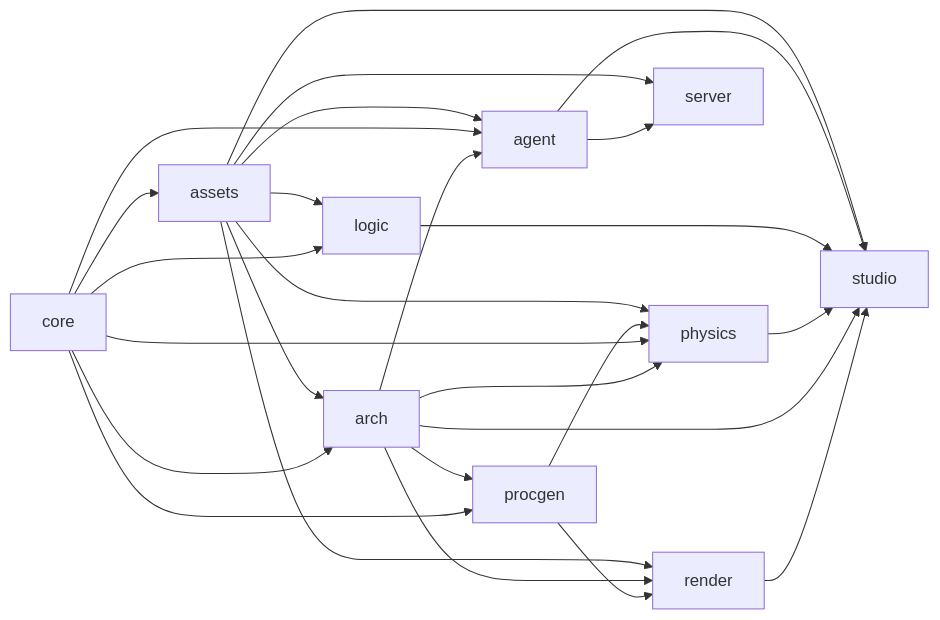
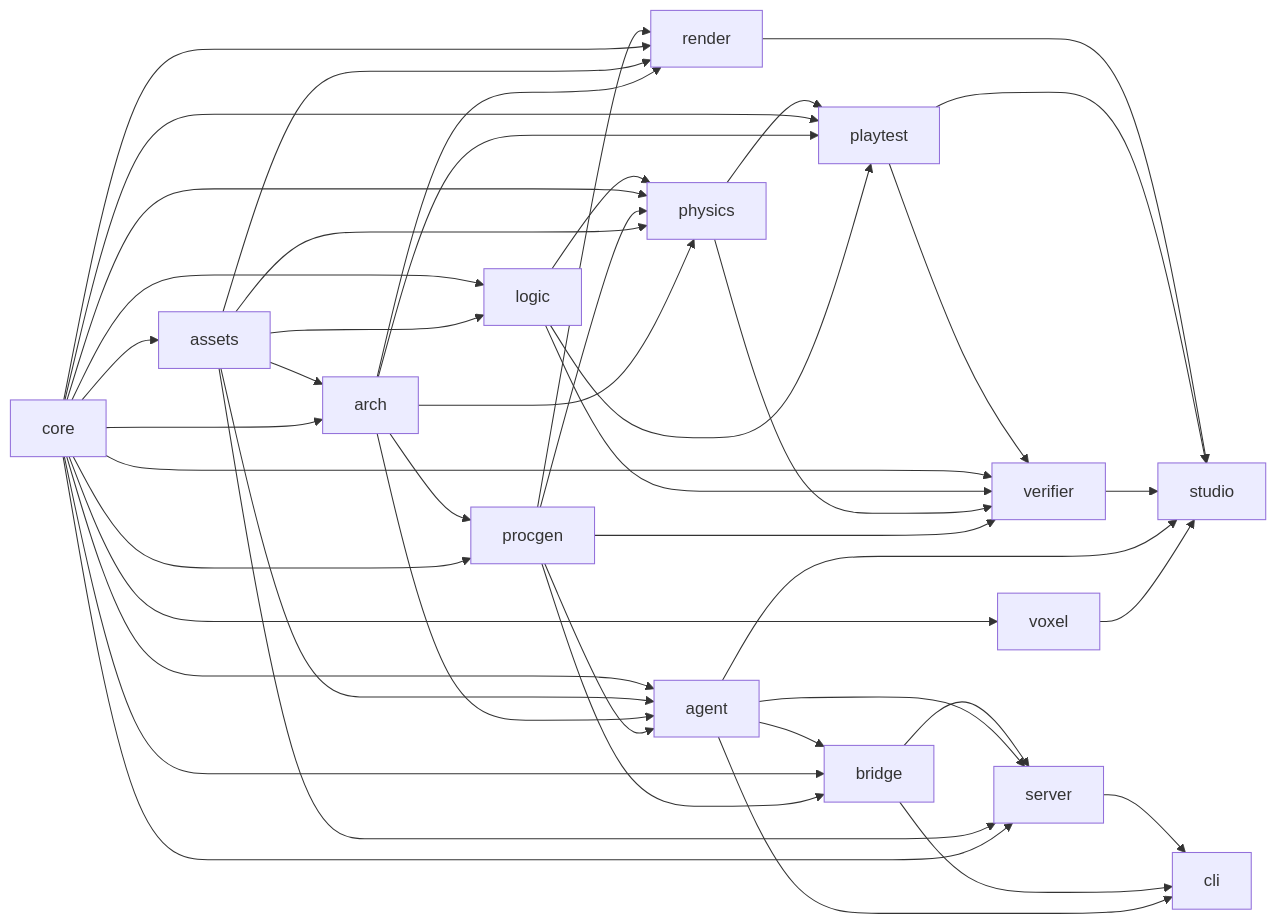
One commit to StarAtNyte/aether changed the first of 3 diagrams in docs/ARCHITECTURE.md. Above: the diagram before and after it, drawn with Mermaid. The commit also changed other lines of this file and 3 other files, not shown here.

Commit message:
Architecture and contracts match the code: turn layout, photo consensus and judge panel, grounding, attachedTo, shape_land, dress_room and set_site, stair fitting, bot version 2, baked light volume; sections renumbered

````diff
--- a/docs/ARCHITECTURE.md
+++ b/docs/ARCHITECTURE.md
@@ -69,22 +92,37 @@
 ```mermaid
 flowchart LR
-    core --> procgen --> render --> studio
-    core --> arch --> procgen
+    core --> assets --> arch --> procgen --> render --> studio
+    core --> arch
+    core --> procgen
+    core --> render
+    assets --> render
     arch --> render
+    core --> logic --> physics --> playtest --> studio
+    assets --> logic
+    core --> physics
+    procgen --> physics
+    assets --> physics
     arch --> physics
+    core --> playtest
+    arch --> playtest
+    logic --> playtest
+    playtest --> verifier --> studio
+    core --> verifier
+    logic --> verifier
+    physics --> verifier
+    procgen --> verifier
+    core --> agent --> studio
+    assets --> agent
     arch --> agent
-    arch --> studio
-    core --> physics --> studio
-    procgen --> physics
-    core --> logic --> studio
-    core --> agent --> server
-    agent --> studio
-    core --> assets
-    assets --> render
-    assets --> physics
-    assets --> logic
-    assets --> arch
-    assets --> agent
+    procgen --> agent
+    core --> voxel --> studio
+    agent --> bridge --> server
+    core --> bridge
+    procgen --> bridge
+    agent --> server
     assets --> server
-    assets --> studio
+    core --> server
+    server --> cli
+    bridge --> cli
+    agent --> cli
 ```
````
